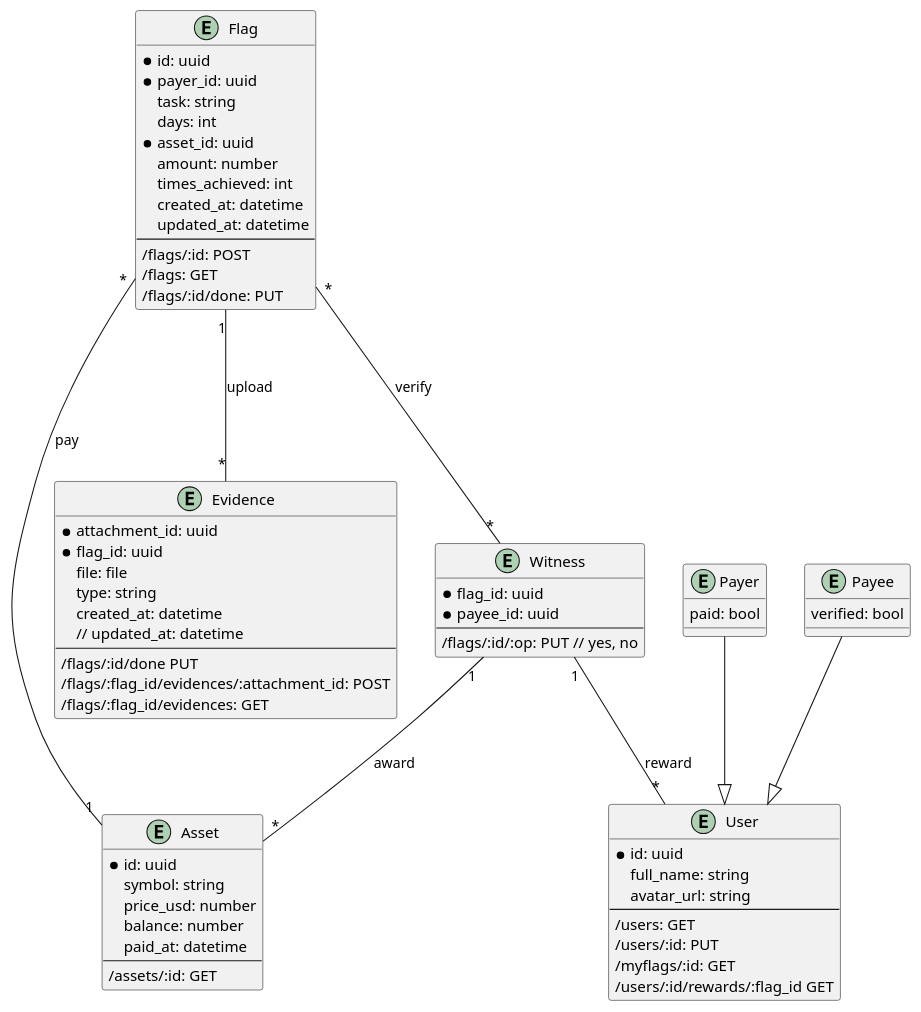
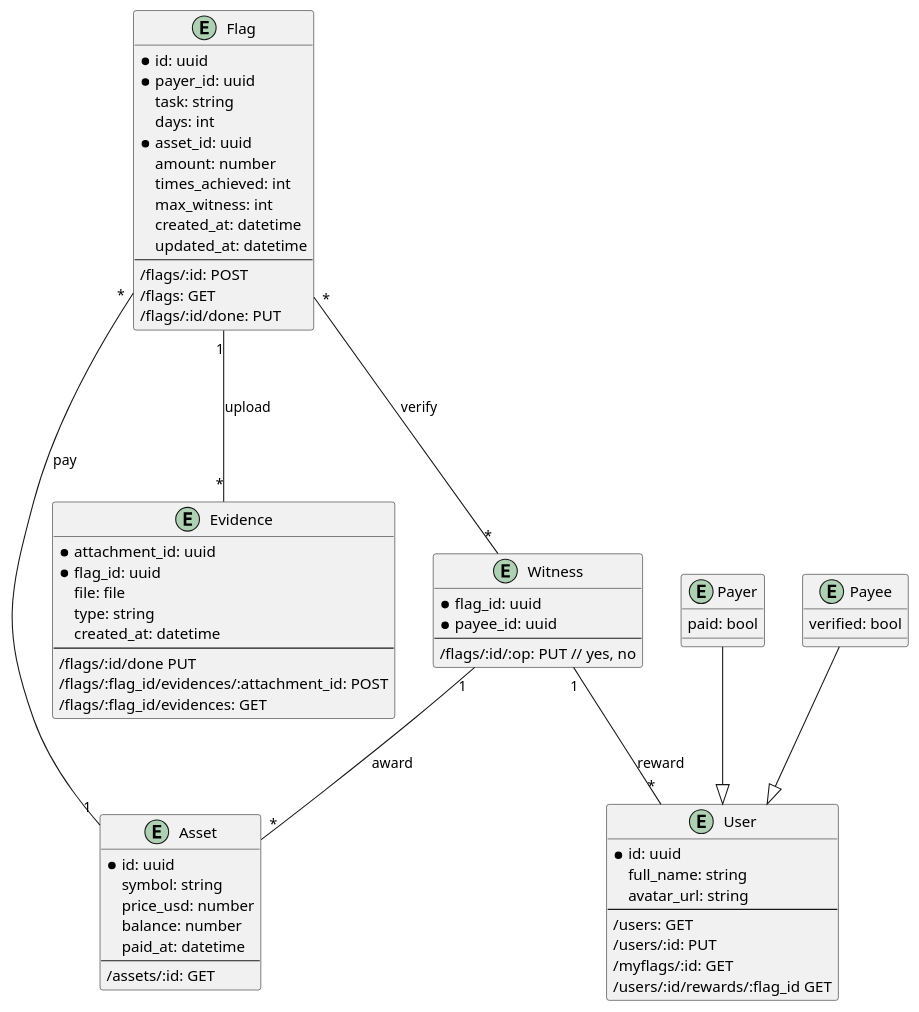
Before and after one commit to PioneerDev/setflags: the diagram in docs/models.puml, drawn with PlantUML.

Commit message:
docs: added max_witness to simplify how consensus will be made

```diff
--- a/docs/models.puml
+++ b/docs/models.puml
@@ -1,77 +1,77 @@
 @startuml
 
 entity User {
    * id: uuid
    full_name: string
    avatar_url: string
    --
    /users: GET
    /users/:id: PUT
    /myflags/:id: GET
    /users/:id/rewards/:flag_id GET
 }
 
 entity Flag {
     * id: uuid
     * payer_id: uuid
     task: string
     days: int
     * asset_id: uuid
     amount: number
     times_achieved: int
+    max_witness: int
     created_at: datetime
     updated_at: datetime
     --
     /flags/:id: POST
     /flags: GET
     /flags/:id/done: PUT
 }
 
 entity Asset {
     * id: uuid
     symbol: string
     price_usd: number
     balance: number
     paid_at: datetime
     --
     /assets/:id: GET
 }
 
 entity Evidence {
     * attachment_id: uuid
     * flag_id: uuid
     file: file
     type: string
     created_at: datetime
-    // updated_at: datetime
     --
     /flags/:id/done PUT
     /flags/:flag_id/evidences/:attachment_id: POST
     /flags/:flag_id/evidences: GET
 }
 
 entity Witness {
     * flag_id: uuid
     * payee_id: uuid
     --
     /flags/:id/:op: PUT // yes, no
 }
 
 entity Payer {
     paid: bool
 }
 
 entity Payee {
     verified: bool
 }
 
 Payer --|> User
 Payee --|> User
 
 Flag "1" --- "*" Evidence: upload
 Flag "*" --- "1" Asset: pay
 Flag "*" --- "*" Witness: verify
 Witness "1" -- "*" Asset: award 
 Witness "1" -- "*" User: reward 
 
 @enduml
```
